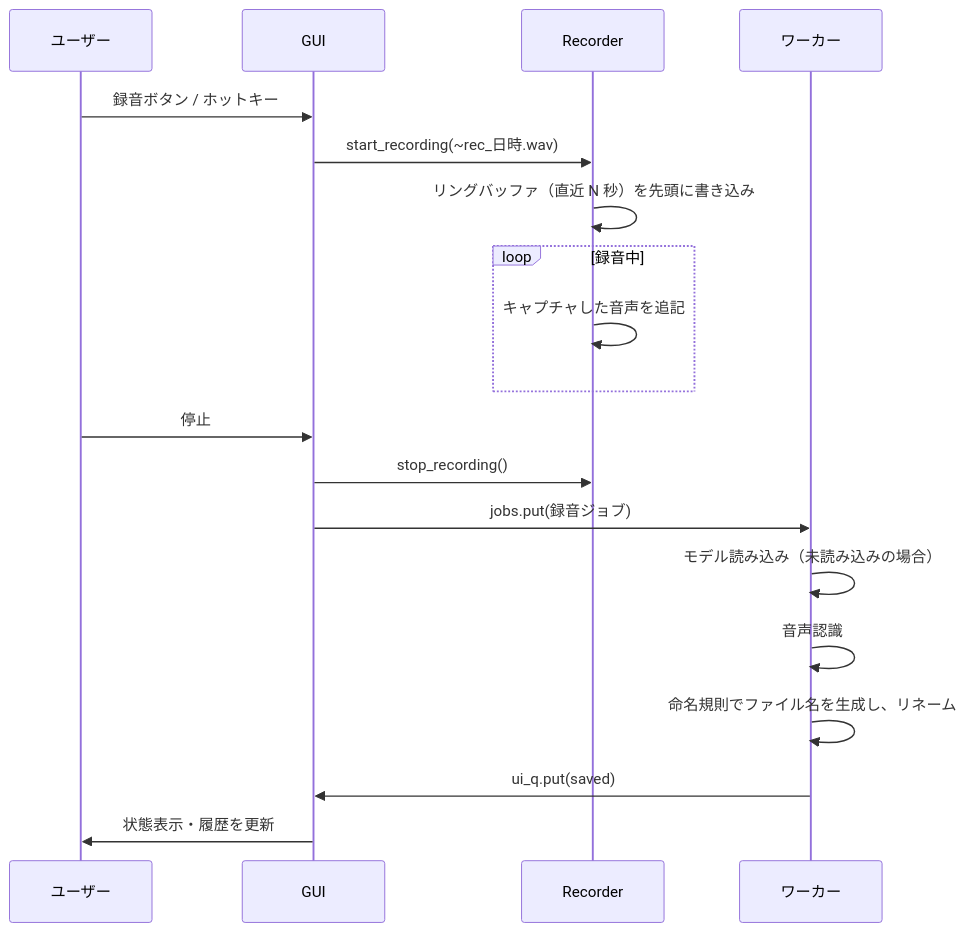
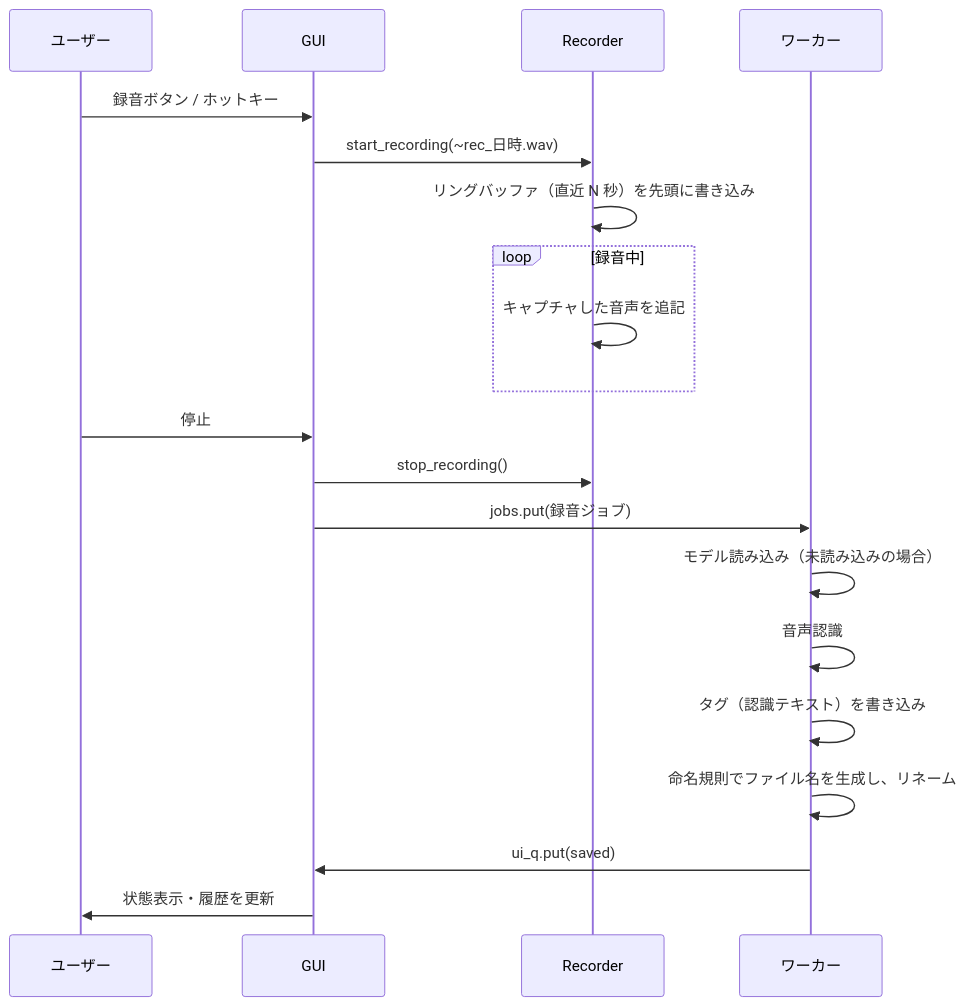
The second of 2 diagrams in docs/TECHNICAL.md (hueru/AniSamplingMaster), drawn with Mermaid before and after one commit. The commit also changed other lines of this file and 5 other files, not shown here.

````diff
--- a/docs/TECHNICAL.md
+++ b/docs/TECHNICAL.md
@@ -111,21 +113,22 @@
 ```mermaid
 sequenceDiagram
     participant U as ユーザー
     participant G as GUI
     participant R as Recorder
     participant W as ワーカー
     U->>G: 録音ボタン / ホットキー
     G->>R: start_recording(~rec_日時.wav)
     R->>R: リングバッファ（直近 N 秒）を先頭に書き込み
     loop 録音中
         R->>R: キャプチャした音声を追記
     end
     U->>G: 停止
     G->>R: stop_recording()
     G->>W: jobs.put(録音ジョブ)
     W->>W: モデル読み込み（未読み込みの場合）
     W->>W: 音声認識
+    W->>W: タグ（認識テキスト）を書き込み
     W->>W: 命名規則でファイル名を生成し、リネーム
     W->>G: ui_q.put(saved)
     G->>U: 状態表示・履歴を更新
 ```
````
